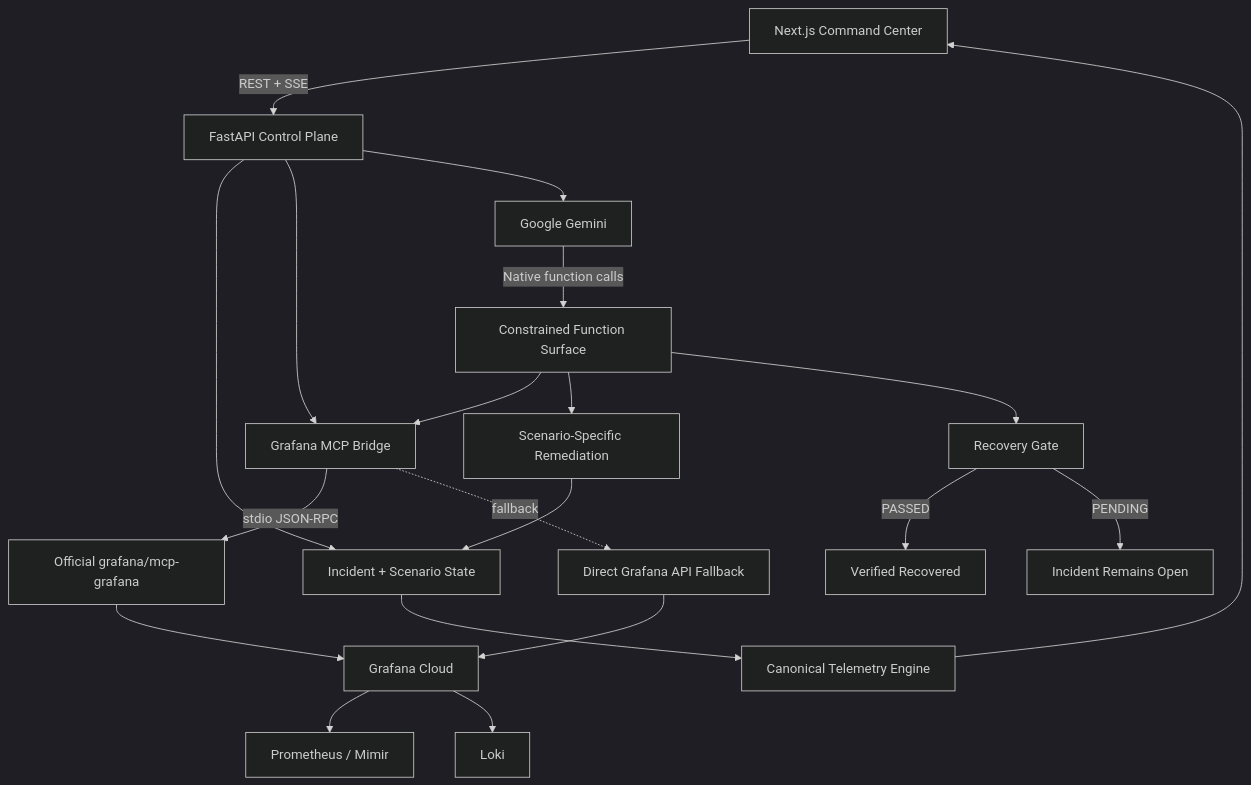
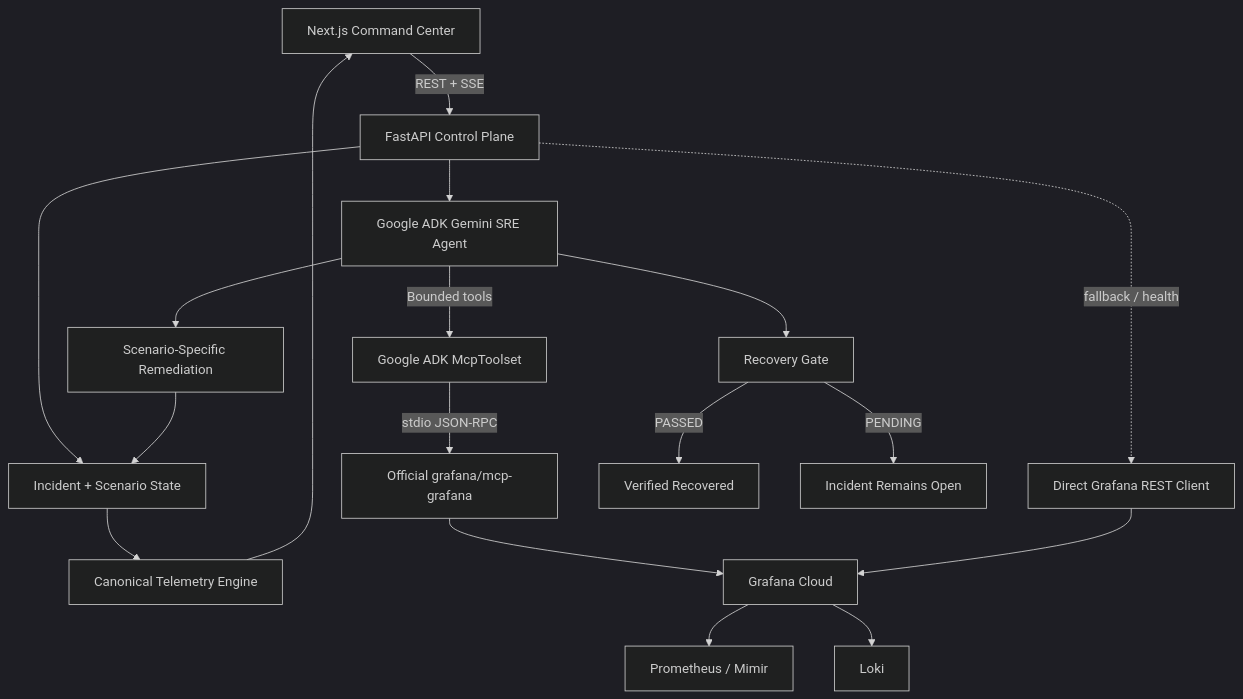
The diagram in README.md (bobybarack/continuity-sre), drawn with Mermaid (dark theme) before and after one commit. The commit also changed other lines of this file, not shown here.

Commit message:
docs(readme): document Google ADK McpToolset integration and bounded tool surface

````diff
--- a/README.md
+++ b/README.md
@@ -78,37 +78,34 @@
 ```mermaid
 flowchart TD
     UI["Next.js Command Center"]
     API["FastAPI Control Plane"]
     STATE["Incident + Scenario State"]
     TELEMETRY["Canonical Telemetry Engine"]
-    BRIDGE["Grafana MCP Bridge"]
+    ADK_AGENT["Google ADK Gemini SRE Agent"]
+    MCP_TOOLSET["Google ADK McpToolset"]
     MCP["Official grafana/mcp-grafana"]
-    REST["Direct Grafana API Fallback"]
+    REST["Direct Grafana REST Client"]
     GRAFANA["Grafana Cloud"]
     PROM["Prometheus / Mimir"]
     LOKI["Loki"]
-    GEMINI["Google Gemini"]
-    TOOLS["Constrained Function Surface"]
     ACTION["Scenario-Specific Remediation"]
     VERIFY["Recovery Gate"]
 
     UI -->|"REST + SSE"| API
     API --> STATE
     STATE --> TELEMETRY
     TELEMETRY --> UI
-    API --> BRIDGE
-    BRIDGE -->|"stdio JSON-RPC"| MCP
+    API --> ADK_AGENT
+    ADK_AGENT -->|"Bounded tools"| MCP_TOOLSET
+    MCP_TOOLSET -->|"stdio JSON-RPC"| MCP
     MCP --> GRAFANA
-    BRIDGE -. "fallback" .-> REST
+    API -. "fallback / health" .-> REST
     REST --> GRAFANA
     GRAFANA --> PROM
     GRAFANA --> LOKI
-    API --> GEMINI
-    GEMINI -->|"Native function calls"| TOOLS
-    TOOLS --> BRIDGE
-    TOOLS --> ACTION
-    TOOLS --> VERIFY
+    ADK_AGENT --> ACTION
+    ADK_AGENT --> VERIFY
     ACTION --> STATE
     VERIFY -->|"PASSED"| RECOVERED["Verified Recovered"]
     VERIFY -->|"PENDING"| OPEN["Incident Remains Open"]
 ```
````
